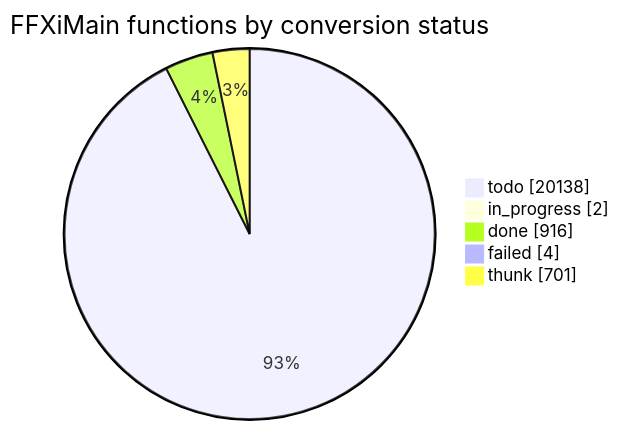
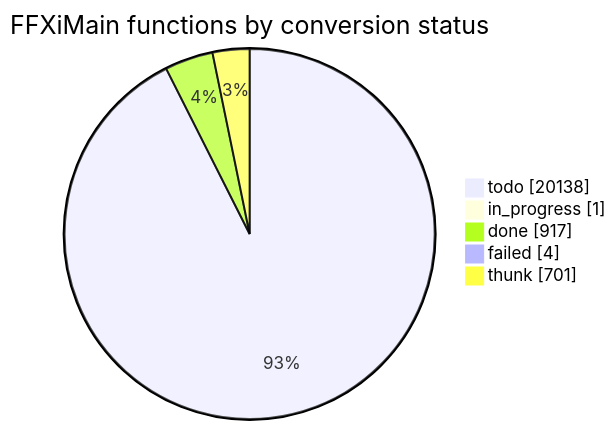
The diagram in docs/cow/STATUS.md (cowrevenge/cow_kuluu_xi_anything), drawn with Mermaid before and after one commit. The commit also changed other lines of this file and 9 other files, not shown here.

````diff
--- a/docs/cow/STATUS.md
+++ b/docs/cow/STATUS.md
@@ -18,9 +18,9 @@
 ```mermaid
 pie showData
     title FFXiMain functions by conversion status
     "todo" : 20138
-    "in_progress" : 2
-    "done" : 916
+    "in_progress" : 1
+    "done" : 917
     "failed" : 4
     "thunk" : 701
 ```
````
